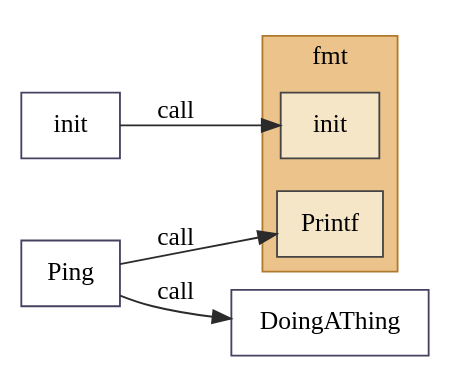
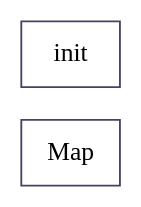
One commit to KeithFarrugia/go-callstat changed the diagram in output/dotfiles/example.com_depusagetest_something.dot. Above: the diagram before and after it, drawn with Graphviz. The commit also changed 9 other files, not shown here.

```diff
--- a/output/dotfiles/example.com_depusagetest_something.dot
+++ b/output/dotfiles/example.com_depusagetest_something.dot
@@ -1,19 +1,5 @@
 digraph "" {
   rankdir=LR;
-  subgraph "cluster_fmt" {
-    label="fmt";
-    color="#af7a2e";
-    fillcolor="#ebc38b";
-    labelfontname="Cascadia-Mono";
-    style="filled";
-    tooltip="fmt";
-    "ext_5128" [color="#444444", fillcolor="#f5e6c8", label="Printf", shape="box", style="filled", tooltip="fmt.Printf"];
-    "ext_4219" [color="#444444", fillcolor="#f5e6c8", label="init", shape="box", style="filled", tooltip="fmt.init"];
-  }
-  "n4218" [color="#484061", label="init", shape="box", style="solid", tooltip="example.com/depusagetest/something.init"];
-  "n5126" [color="#484061", label="Ping", shape="box", style="solid", tooltip="(*example.com/depusagetest/something.Bob).Ping"];
-  "n5127" [color="#484061", label="DoingAThing", shape="box", style="solid", tooltip="(*example.com/depusagetest/something.Bob).DoingAThing"];
-  "n5126" -> "n5127" [arrowhead="normal", color="#2b2b2b", label="call", style="solid", tooltip="(*Bob).DoingAThing(b)"];
-  "n5126" -> "ext_5128" [arrowhead="normal", color="#2b2b2b", label="call", style="solid", tooltip="fmt.Printf(\"Hello\":string, nil:[]any...)"];
-  "n4218" -> "ext_4219" [arrowhead="normal", color="#2b2b2b", label="call", style="solid", tooltip="fmt.init()"];
+  "n4570" [color="#484061", label="Map", shape="box", style="solid", tooltip="example.com/depusagetest/something.Map"];
+  "n4577" [color="#484061", label="init", shape="box", style="solid", tooltip="example.com/depusagetest/something.init"];
 }
```
